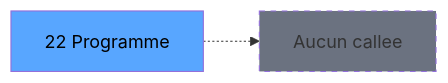
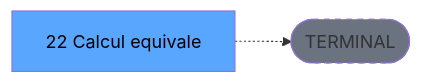
The third of 3 diagrams in .openspec/specs/ADH-IDE-22.md (thonyAGP/lecteur-magic), drawn with Mermaid before and after one commit. The commit also changed other lines of this file and 701 other files, not shown here.

````diff
--- a/.openspec/specs/ADH-IDE-22.md
+++ b/.openspec/specs/ADH-IDE-22.md
@@ -153,8 +135,8 @@
 ```mermaid
 graph LR
-    T[22 Programme]
-    NONE[Aucun callee]
-    T -.-> NONE
+    T[22 Calcul equivale]
+    TERM([TERMINAL])
+    T -.-> TERM
+    style TERM fill:#6b7280,stroke-dasharray: 5 5
     style T fill:#58a6ff,color:#000
-    style NONE fill:#6b7280,stroke-dasharray: 5 5
 ```
````
